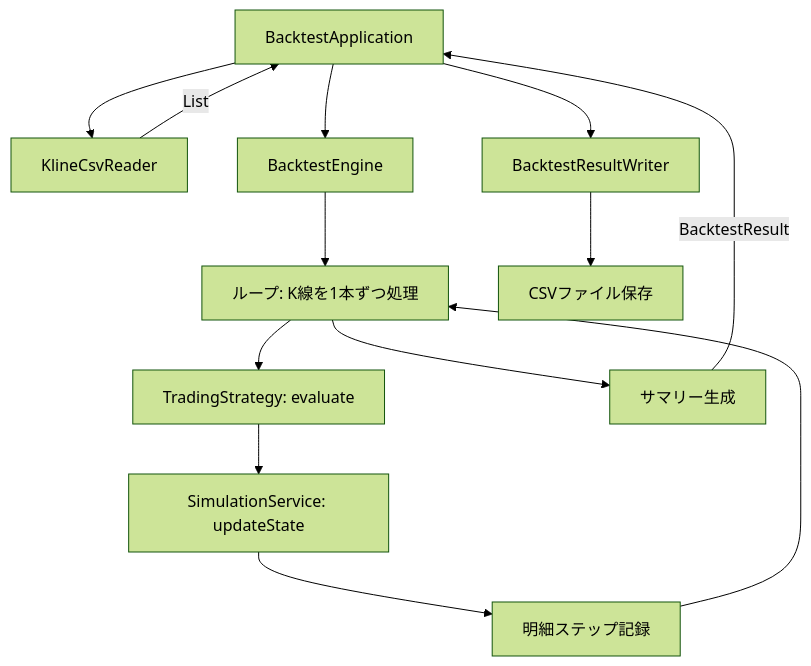
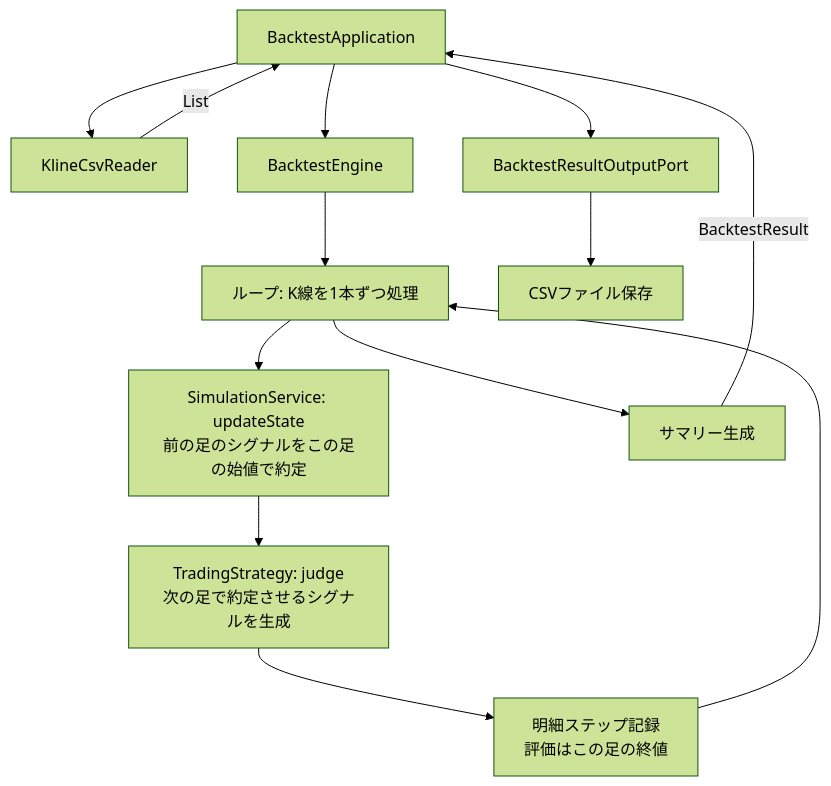
Before and after one commit to ht-0328/crypto-autotrading-lab: the diagram in docs/architecture/backtest-design.md, drawn with Mermaid (forest theme). The commit also changed other lines of this file and 12 other files, not shown here.

````diff
--- a/docs/architecture/backtest-design.md
+++ b/docs/architecture/backtest-design.md
@@ -50,15 +54,15 @@
 ```mermaid
 flowchart TD
     A[BacktestApplication] --> B[KlineCsvReader]
     B -->|List<Kline>| A
     A --> C[BacktestEngine]
     C --> D[ループ: K線を1本ずつ処理]
-    D --> E[TradingStrategy: evaluate]
-    E --> F[SimulationService: updateState]
-    F --> G[明細ステップ記録]
+    D --> F[SimulationService: updateState<br/>前の足のシグナルをこの足の始値で約定]
+    F --> E[TradingStrategy: judge<br/>次の足で約定させるシグナルを生成]
+    E --> G[明細ステップ記録<br/>評価はこの足の終値]
     G --> D
     D --> H[サマリー生成]
     H -->|BacktestResult| A
-    A --> I[BacktestResultWriter]
+    A --> I[BacktestResultOutputPort]
     I --> J[CSVファイル保存]
 ```
````
